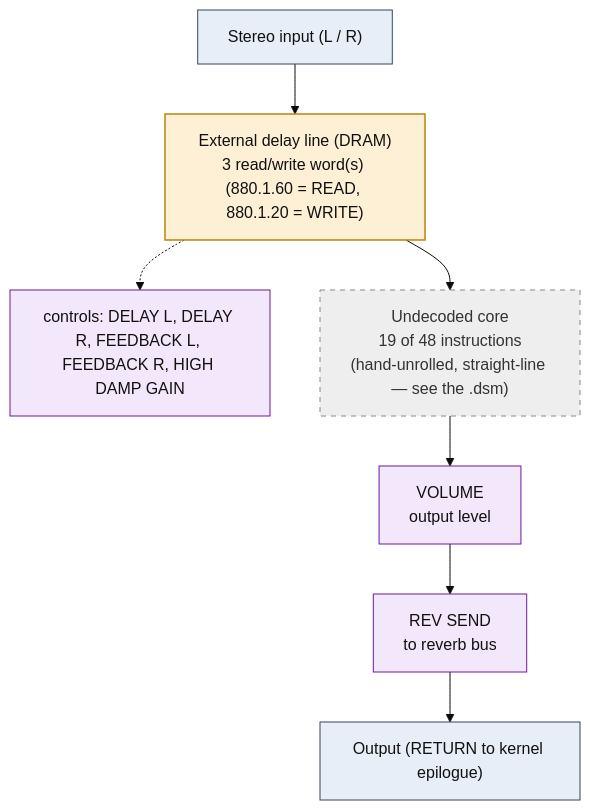
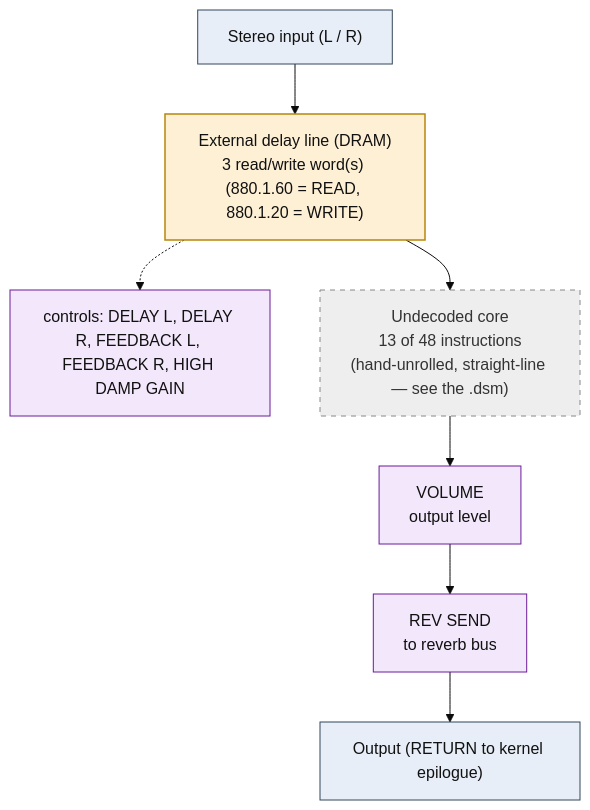
The diagram in dsp/flowcharts/prog09_single_delay.md (ArqueologiaDigital/kn5000-roms-disasm), drawn with Mermaid (base theme) before and after one commit. The commit also changed other lines of this file and 78 other files, not shown here.

````diff
--- a/dsp/flowcharts/prog09_single_delay.md
+++ b/dsp/flowcharts/prog09_single_delay.md
@@ -12,27 +12,27 @@
 ```mermaid
 flowchart TD
     N0["Stereo input (L / R)"]
     N1["External delay line (DRAM)<br/>3 read/write word(s) (880.1.60 = READ, 880.1.20 = WRITE)"]
     N0 --> N1
     N2["controls: DELAY L, DELAY R, FEEDBACK L, FEEDBACK R, HIGH DAMP GAIN"]
     N1 -.-> N2
-    N3["Undecoded core<br/>19 of 48 instructions<br/>(hand-unrolled, straight-line &mdash; see the .dsm)"]
+    N3["Undecoded core<br/>13 of 48 instructions<br/>(hand-unrolled, straight-line &mdash; see the .dsm)"]
     N1 --> N3
     N4["VOLUME<br/>output level"]
     N3 --> N4
     N5["REV SEND<br/>to reverb bus"]
     N4 --> N5
     N6["Output (RETURN to kernel epilogue)"]
     N5 --> N6
 
     classDef io fill:#e8eef7,stroke:#33475b,stroke-width:1px,color:#111;
     classDef proven fill:#d7f0d7,stroke:#2e7d32,stroke-width:2px,color:#111;
     classDef measured fill:#dbe9fb,stroke:#1565c0,stroke-width:1.5px,color:#111;
     classDef inferred fill:#fdf0d5,stroke:#b8860b,stroke-width:1.5px,color:#111;
     classDef open fill:#eeeeee,stroke:#888,stroke-width:1px,color:#333,stroke-dasharray:5 5;
     classDef ctrl fill:#f3e8fb,stroke:#6a1b9a,stroke-width:1px,color:#111;
     class N0,N6 io;
     class N1 inferred;
     class N2,N4,N5 ctrl;
     class N3 open;
 ```
````
